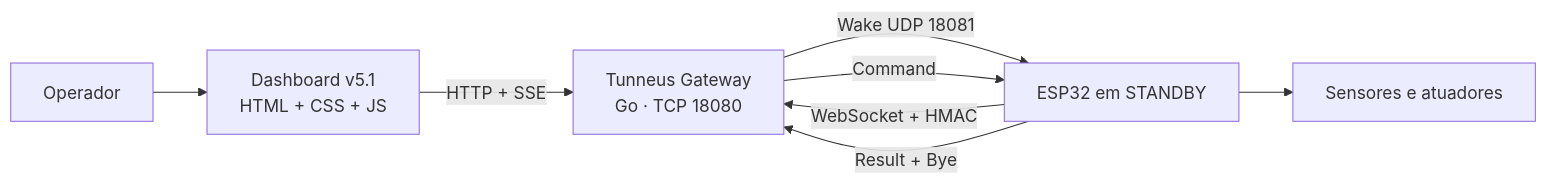
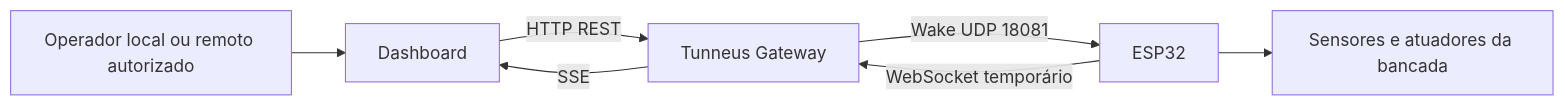
One commit to EliasCaua0/tunneus-gateway changed the diagram in README.md. Above: the diagram before and after it, drawn with Mermaid. The commit also changed other lines of this file and 5 other files, not shown here.

````diff
--- a/README.md
+++ b/README.md
@@ -32,10 +15,9 @@
 ```mermaid
 flowchart LR
-    U["Operador"] --> D["Dashboard v5.1<br/>HTML + CSS + JS"]
-    D -->|"HTTP + SSE"| G["Tunneus Gateway<br/>Go · TCP 18080"]
-    G -->|"Wake UDP 18081"| A["ESP32 em STANDBY"]
-    A -->|"WebSocket + HMAC"| G
-    G -->|"Command"| A
-    A -->|"Result + Bye"| G
-    A --> S["Sensores e atuadores"]
+    U[Operador local ou remoto autorizado] --> D[Dashboard]
+    D -->|HTTP REST| G[Tunneus Gateway]
+    G -->|SSE| D
+    G -->|Wake UDP 18081| E[ESP32]
+    E -->|WebSocket temporário| G
+    E --> H[Sensores e atuadores da bancada]
 ```
````
